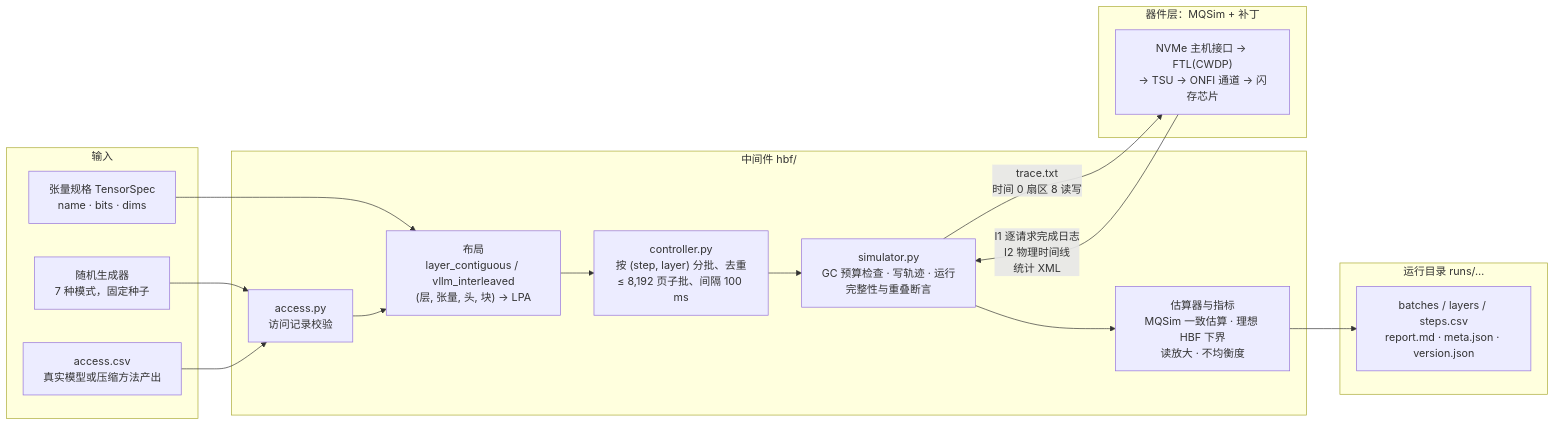
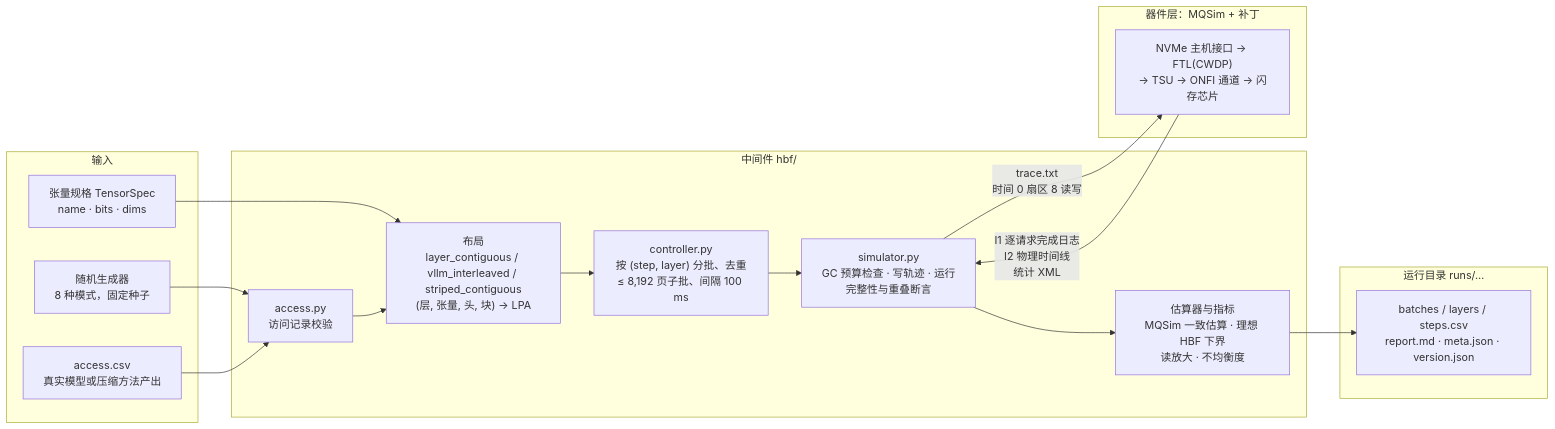
One commit to sgkjr8kzbac/MQSim-HBF changed the first of 2 diagrams in README.md. Above: the diagram before and after it, drawn with Mermaid. The commit also changed other lines of this file and 3 other files, not shown here.

````diff
--- a/README.md
+++ b/README.md
@@ -16,32 +16,32 @@
 ```mermaid
 flowchart LR
     subgraph IN["输入"]
-        GEN["随机生成器<br/>7 种模式，固定种子"]
+        GEN["随机生成器<br/>8 种模式，固定种子"]
         CSV["access.csv<br/>真实模型或压缩方法产出"]
         TS["张量规格 TensorSpec<br/>name · bits · dims"]
     end
 
     subgraph MW["中间件 hbf/"]
         ACC["access.py<br/>访问记录校验"]
-        LAY["布局<br/>layer_contiguous / vllm_interleaved<br/>(层, 张量, 头, 块) → LPA"]
+        LAY["布局<br/>layer_contiguous / vllm_interleaved / striped_contiguous<br/>(层, 张量, 头, 块) → LPA"]
         CTL["controller.py<br/>按 (step, layer) 分批、去重<br/>≤ 8,192 页子批、间隔 100 ms"]
         SIM["simulator.py<br/>GC 预算检查 · 写轨迹 · 运行<br/>完整性与重叠断言"]
         EST["估算器与指标<br/>MQSim 一致估算 · 理想 HBF 下界<br/>读放大 · 不均衡度"]
     end
 
     subgraph DEV["器件层：MQSim + 补丁"]
         MQ["NVMe 主机接口 → FTL(CWDP)<br/>→ TSU → ONFI 通道 → 闪存芯片"]
     end
 
     subgraph OUT["运行目录 runs/…"]
         RES["batches / layers / steps.csv<br/>report.md · meta.json · version.json"]
     end
 
     GEN --> ACC
     CSV --> ACC
     TS --> LAY
     ACC --> LAY --> CTL --> SIM
     SIM -- "trace.txt<br/>时间 0 扇区 8 读写" --> MQ
     MQ -- "I1 逐请求完成日志<br/>I2 物理时间线<br/>统计 XML" --> SIM
     SIM --> EST --> RES
 ```
````
